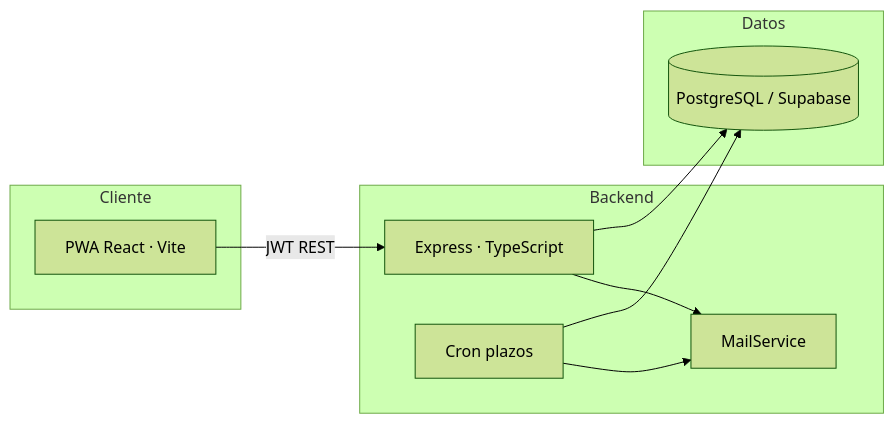
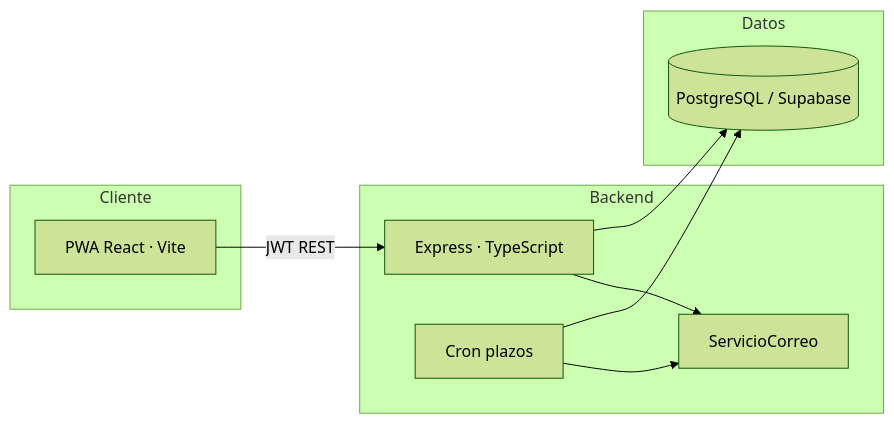
Before and after one commit to TrekSake/treksafe-app: the diagram in README.md, drawn with Mermaid (forest theme). The commit also changed other lines of this file and 243 other files, not shown here.

````diff
--- a/README.md
+++ b/README.md
@@ -94,22 +94,22 @@
 ```mermaid
 flowchart LR
   subgraph Cliente
     PWA[PWA React · Vite]
   end
 
   subgraph Backend
     API[Express · TypeScript]
     CRON[Cron plazos]
-    MAIL[MailService]
+    MAIL[ServicioCorreo]
   end
 
   subgraph Datos
     PG[(PostgreSQL / Supabase)]
   end
 
   PWA -->|JWT REST| API
   API --> PG
   CRON --> PG
   CRON --> MAIL
   API --> MAIL
 ```
````
